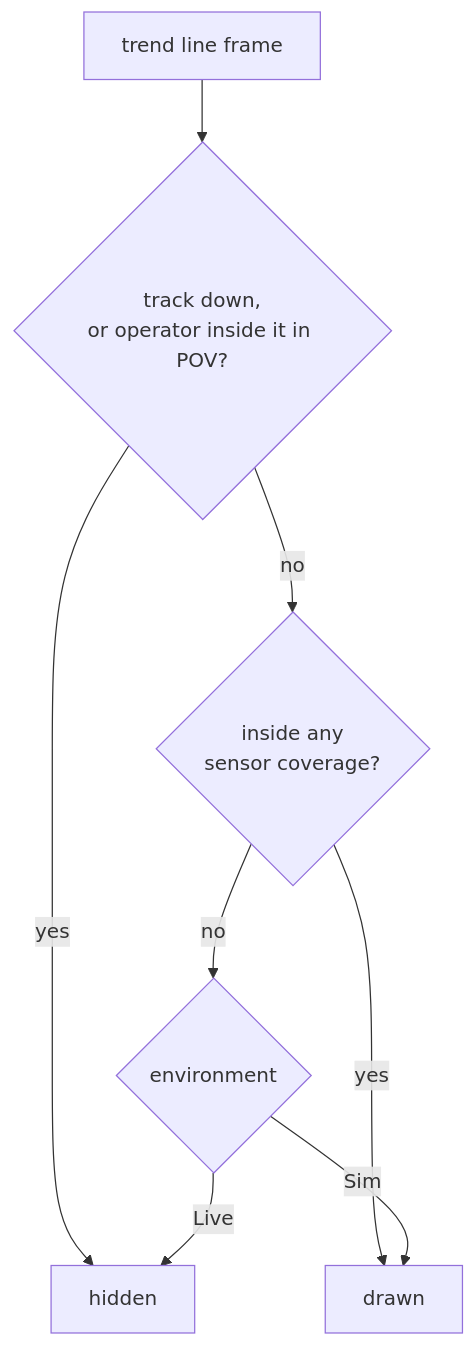
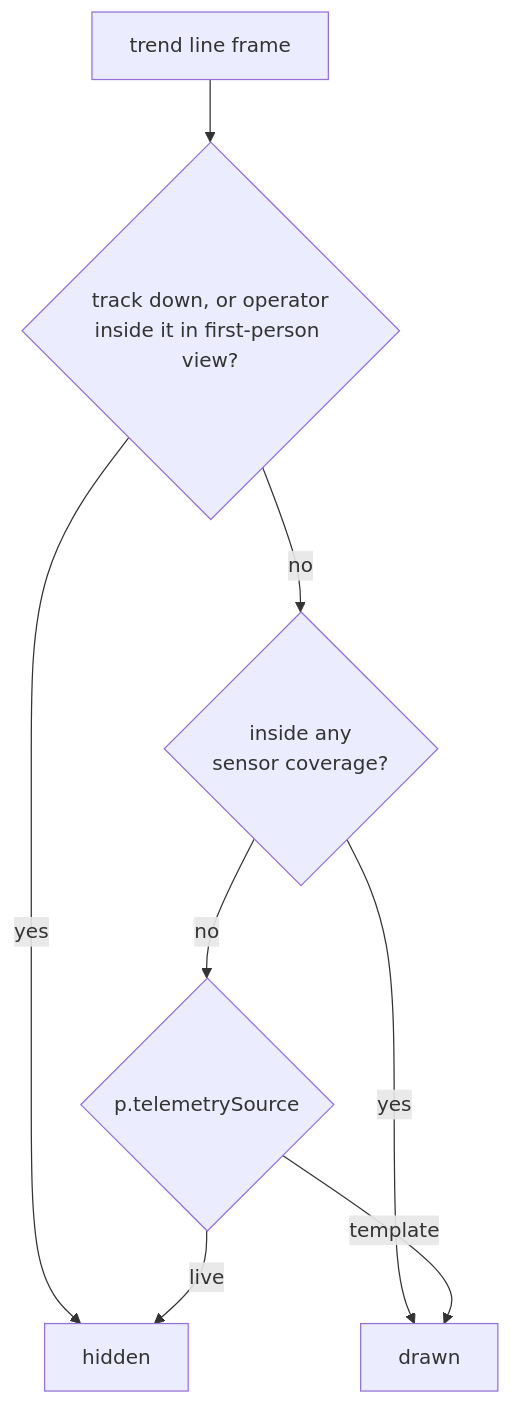
One commit to Luckyluc321/ISR-Systems-c2-platform changed the diagram in docs/track-trend-line-policy.md. Above: the diagram before and after it, drawn with Mermaid. The commit also changed other lines of this file and 3 other files, not shown here.

First line of the commit message:
fix(rendering): key the trend line on track provenance, not the cinematic mode

````diff
--- a/docs/track-trend-line-policy.md
+++ b/docs/track-trend-line-policy.md
@@ -46,10 +57,10 @@
 ```mermaid
 flowchart TD
-    A[trend line frame] --> B{track down,<br/>or operator inside it in POV?}
+    A[trend line frame] --> B{track down, or operator<br/>inside it in first-person view?}
     B -->|yes| H[hidden]
     B -->|no| C{inside any<br/>sensor coverage?}
     C -->|yes| S[drawn]
-    C -->|no| D{environment}
-    D -->|Sim| S
-    D -->|Live| H
+    C -->|no| D{p.telemetrySource}
+    D -->|template| S
+    D -->|live| H
 ```
````
